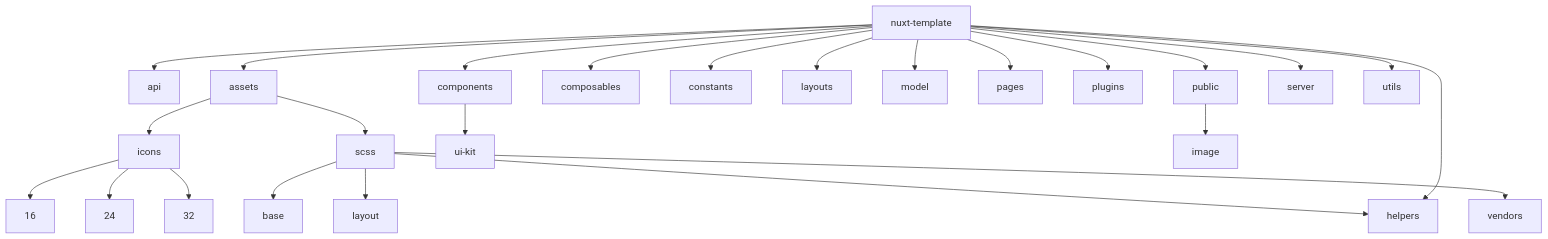
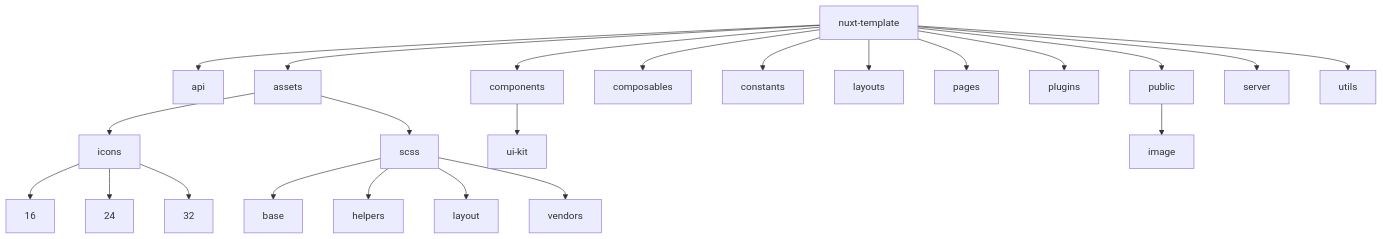
One commit to maratakoev/adaptive_slider_test changed the diagram in README.md. Above: the diagram before and after it, drawn with Mermaid. The commit also changed other lines of this file and 12 other files, not shown here.

````diff
--- a/README.md
+++ b/README.md
@@ -88,27 +88,25 @@
 ```mermaid
 graph TD;
     nuxt-template-->api;
     nuxt-template-->assets;
     nuxt-template-->components;
     nuxt-template-->composables;
     nuxt-template-->constants;
-    nuxt-template-->helpers;
     nuxt-template-->layouts;
-    nuxt-template-->model;
     nuxt-template-->pages;
     nuxt-template-->plugins;
     nuxt-template-->public;
     nuxt-template-->server;
     nuxt-template-->utils;
     assets-->icons;
     assets-->scss;
     scss-->base;
     scss-->helpers;
     scss-->layout;
     scss-->vendors;
     icons-->16;
     icons-->24;
     icons-->32;
     components-->ui-kit;
     public-->image;
 ```
````
